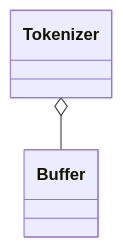
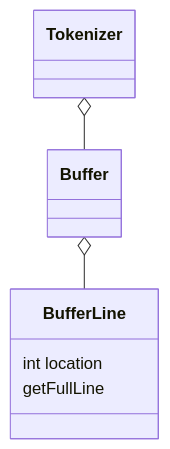
Before and after one commit to Jzhyang1/Monomer: the first of 5 diagrams in Implementation.md, drawn with Mermaid. The commit also changed other lines of this file, not shown here.

Commit message:
Implementation.md updated from https://stackedit.io/

````diff
--- a/Implementation.md
+++ b/Implementation.md
@@ -58,4 +58,8 @@
 ```mermaid
 classDiagram
 Tokenizer o-- Buffer
+Buffer o-- BufferLine
+
+BufferLine: int location
+BufferLine: getFullLine
 ```
````
